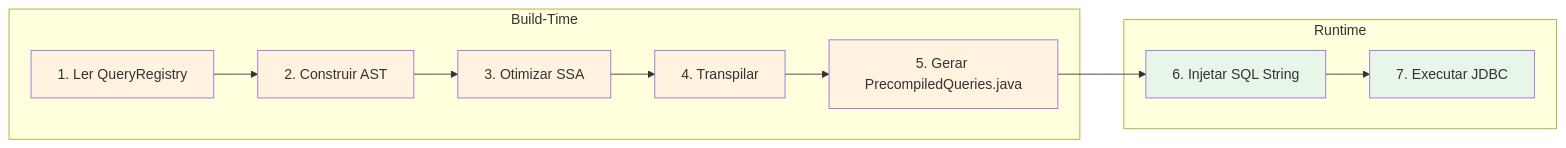
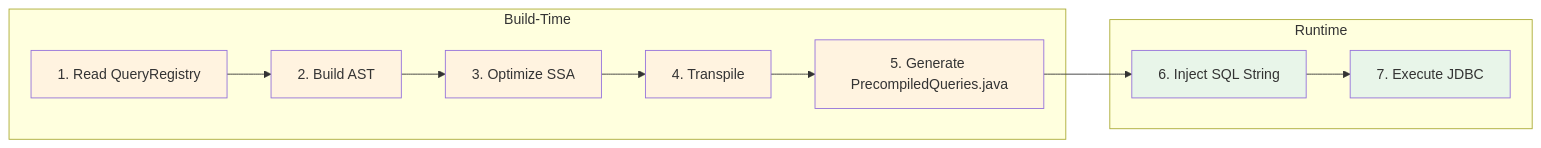
One commit to Bare-Sql-Engine/bare-sql-java changed the tenth of 15 diagrams in DOCUMENTACAO.md. Above: the diagram before and after it, drawn with Mermaid. The commit also changed other lines of this file and 1 other file, not shown here.

````diff
--- a/DOCUMENTACAO.md
+++ b/DOCUMENTACAO.md
@@ -472,26 +472,26 @@
 ```mermaid
 graph LR
     subgraph "Build-Time"
-        A["1. Ler QueryRegistry"]
-        B["2. Construir AST"]
-        C["3. Otimizar SSA"]
-        D["4. Transpilar"]
-        E["5. Gerar PrecompiledQueries.java"]
+        A["1. Read QueryRegistry"]
+        B["2. Build AST"]
+        C["3. Optimize SSA"]
+        D["4. Transpile"]
+        E["5. Generate PrecompiledQueries.java"]
     end
     
     subgraph "Runtime"
-        F["6. Injetar SQL String"]
-        G["7. Executar JDBC"]
+        F["6. Inject SQL String"]
+        G["7. Execute JDBC"]
     end
     
     A --> B --> C --> D --> E
     E --> F --> G
     
     style A fill:#fff3e0
     style B fill:#fff3e0
     style C fill:#fff3e0
     style D fill:#fff3e0
     style E fill:#fff3e0
     style F fill:#e8f5e9
     style G fill:#e8f5e9
 ```
````
